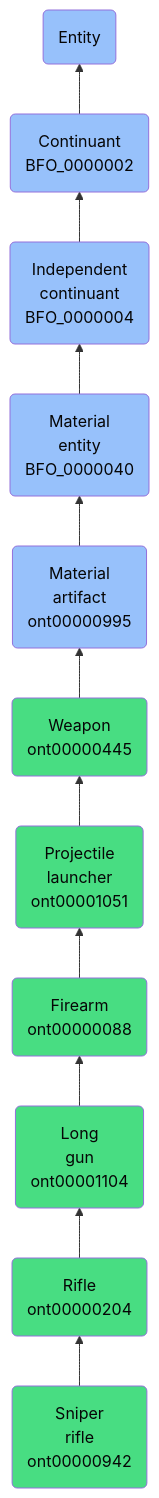
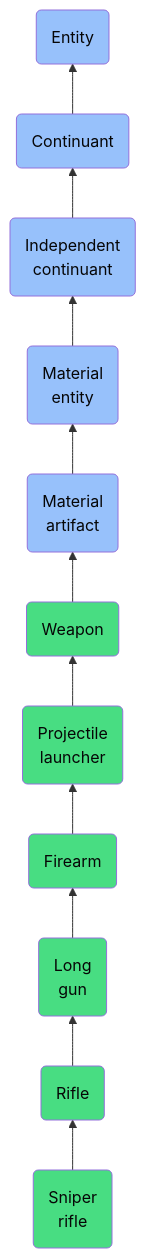
One commit to jupyter-naas/abi changed the diagram in docs/ontology/reference/model/Entity/Continuant/Independent continuant/Material entity/Material artifact/Weapon/Projectile launcher/Firearm/Long gun/Rifle/Sniper rifle/Sniper rifle.md. Above: the diagram before and after it, drawn with Mermaid. The commit also changed other lines of this file and 1430 other files, not shown here.

````diff
--- a/docs/ontology/reference/model/Entity/Continuant/Independent continuant/Material entity/Material artifact/Weapon/Projectile launcher/Firearm/Long gun/Rifle/Sniper rifle/Sniper rifle.md
+++ b/docs/ontology/reference/model/Entity/Continuant/Independent continuant/Material entity/Material artifact/Weapon/Projectile launcher/Firearm/Long gun/Rifle/Sniper rifle/Sniper rifle.md
@@ -24,18 +24,18 @@
 ```mermaid
 graph BT
-    ont00000942(Sniper<br>rifle<br>ont00000942):::ABI-->ont00000204
-    ont00000204(Rifle<br>ont00000204):::ABI-->ont00001104
-    ont00001104(Long<br>gun<br>ont00001104):::ABI-->ont00000088
-    ont00000088(Firearm<br>ont00000088):::ABI-->ont00001051
-    ont00001051(Projectile<br>launcher<br>ont00001051):::ABI-->ont00000445
-    ont00000445(Weapon<br>ont00000445):::ABI-->ont00000995
-    ont00000995(Material<br>artifact<br>ont00000995):::BFO-->BFO_0000040
-    BFO_0000040(Material<br>entity<br>BFO_0000040):::BFO-->BFO_0000004
-    BFO_0000004(Independent<br>continuant<br>BFO_0000004):::BFO-->BFO_0000002
-    BFO_0000002(Continuant<br>BFO_0000002):::BFO-->BFO_0000001
+    ont00000942(Sniper<br>rifle):::ABI-->ont00000204
+    ont00000204(Rifle):::ABI-->ont00001104
+    ont00001104(Long<br>gun):::ABI-->ont00000088
+    ont00000088(Firearm):::ABI-->ont00001051
+    ont00001051(Projectile<br>launcher):::ABI-->ont00000445
+    ont00000445(Weapon):::ABI-->ont00000995
+    ont00000995(Material<br>artifact):::BFO-->BFO_0000040
+    BFO_0000040(Material<br>entity):::BFO-->BFO_0000004
+    BFO_0000004(Independent<br>continuant):::BFO-->BFO_0000002
+    BFO_0000002(Continuant):::BFO-->BFO_0000001
     BFO_0000001(Entity):::BFO
     
     classDef BFO fill:#97c1fb,color:#060606
     classDef CCO fill:#e4c51e,color:#060606
     classDef ABI fill:#48DD82,color:#060606
 ```
````
